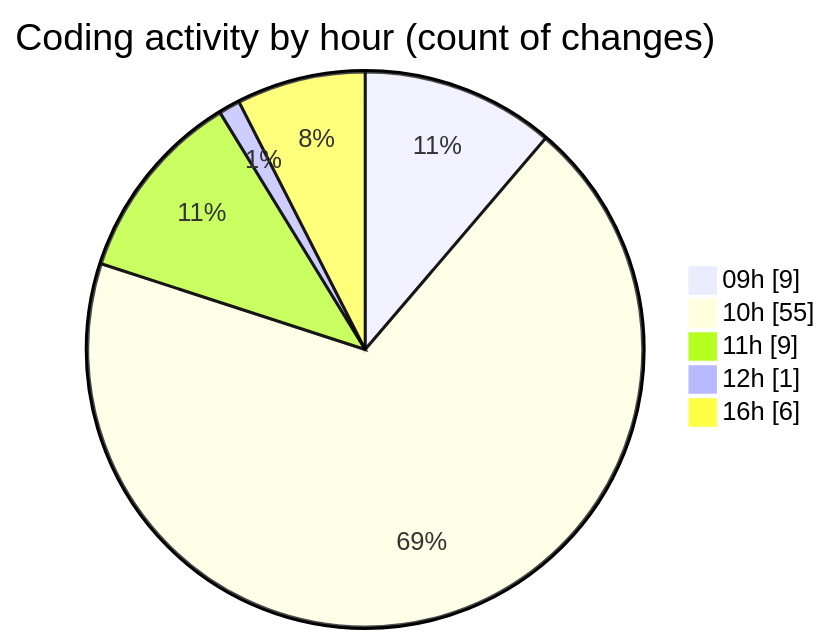
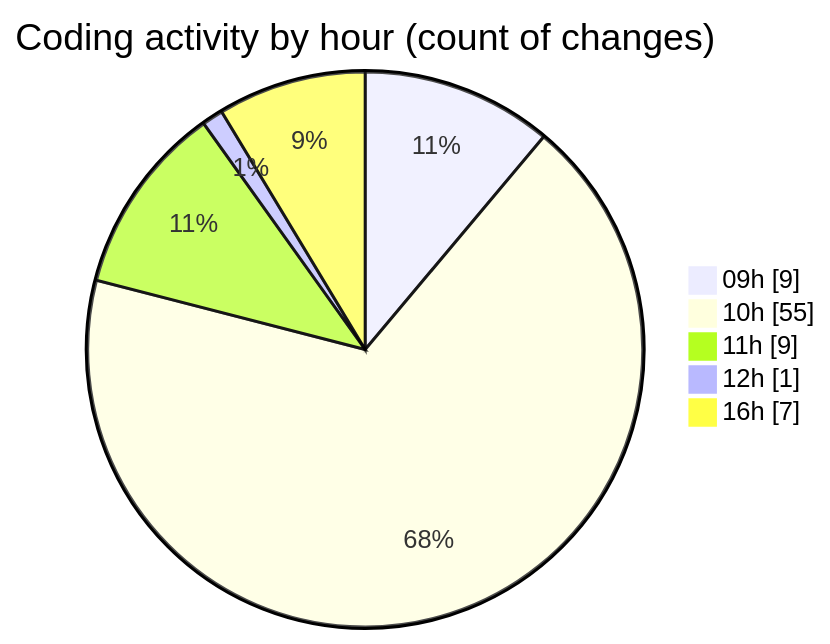
One commit to robertbonfada/code-tracking changed the second of 2 diagrams in 2025-03-04/termonied_testador/README.md. Above: the diagram before and after it, drawn with Mermaid. The commit also changed other lines of this file and 1 other file, not shown here.

````diff
--- a/2025-03-04/termonied_testador/README.md
+++ b/2025-03-04/termonied_testador/README.md
@@ -37,9 +37,9 @@
 ```mermaid
 pie showData
 title Coding activity by hour (count of changes)
 "09h" : 9
 "10h" : 55
 "11h" : 9
 "12h" : 1
-"16h" : 6
+"16h" : 7
 ```
````
